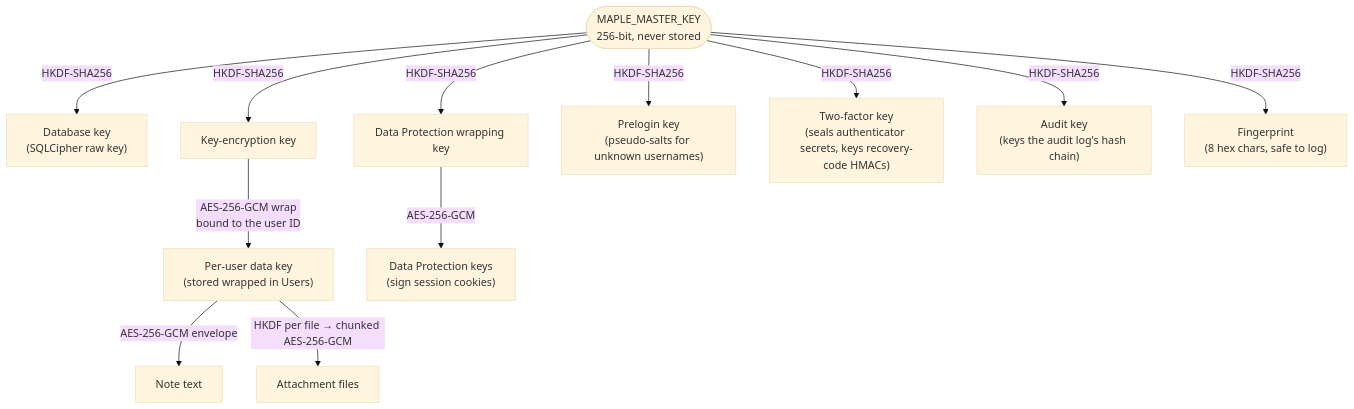
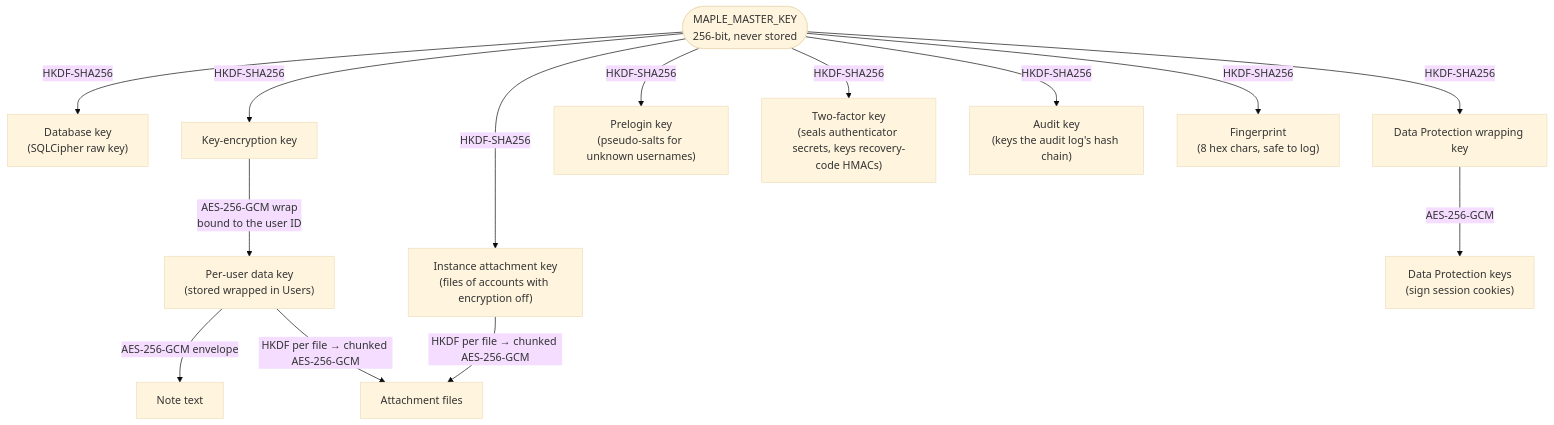
Before and after one commit to supunsarachitha/MapleNotes: the second of 3 diagrams in docs/architecture.md, drawn with Mermaid (base theme). The commit also changed other lines of this file and 16 other files, not shown here.

First line of the commit message:
Encrypt Off-mode attachment files with an instance key; migrate existing plaintext files (#130)

````diff
--- a/docs/architecture.md
+++ b/docs/architecture.md
@@ -141,14 +141,16 @@
 ```mermaid
 flowchart TD
     mk(["MAPLE_MASTER_KEY<br/>256-bit, never stored"]) -- HKDF-SHA256 --> dbk["Database key<br/>(SQLCipher raw key)"]
     mk -- HKDF-SHA256 --> kek["Key-encryption key"]
     mk -- HKDF-SHA256 --> dpk["Data Protection wrapping key"]
     mk -- HKDF-SHA256 --> pk["Prelogin key<br/>(pseudo-salts for unknown usernames)"]
     mk -- HKDF-SHA256 --> tfk["Two-factor key<br/>(seals authenticator secrets, keys recovery-code HMACs)"]
     mk -- HKDF-SHA256 --> ak["Audit key<br/>(keys the audit log's hash chain)"]
+    mk -- HKDF-SHA256 --> iak["Instance attachment key<br/>(files of accounts with encryption off)"]
     mk -- HKDF-SHA256 --> fp["Fingerprint<br/>(8 hex chars, safe to log)"]
     kek -- "AES-256-GCM wrap<br/>bound to the user ID" --> dek["Per-user data key<br/>(stored wrapped in Users)"]
     dek -- "AES-256-GCM envelope" --> notes["Note text"]
     dek -- "HKDF per file → chunked AES-256-GCM" --> att["Attachment files"]
+    iak -- "HKDF per file → chunked AES-256-GCM" --> att
     dpk -- "AES-256-GCM" --> ring["Data Protection keys<br/>(sign session cookies)"]
 ```
````
